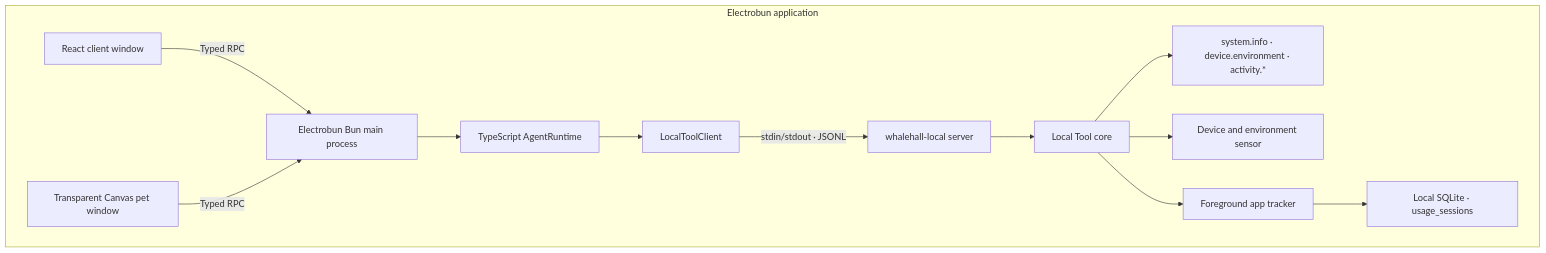
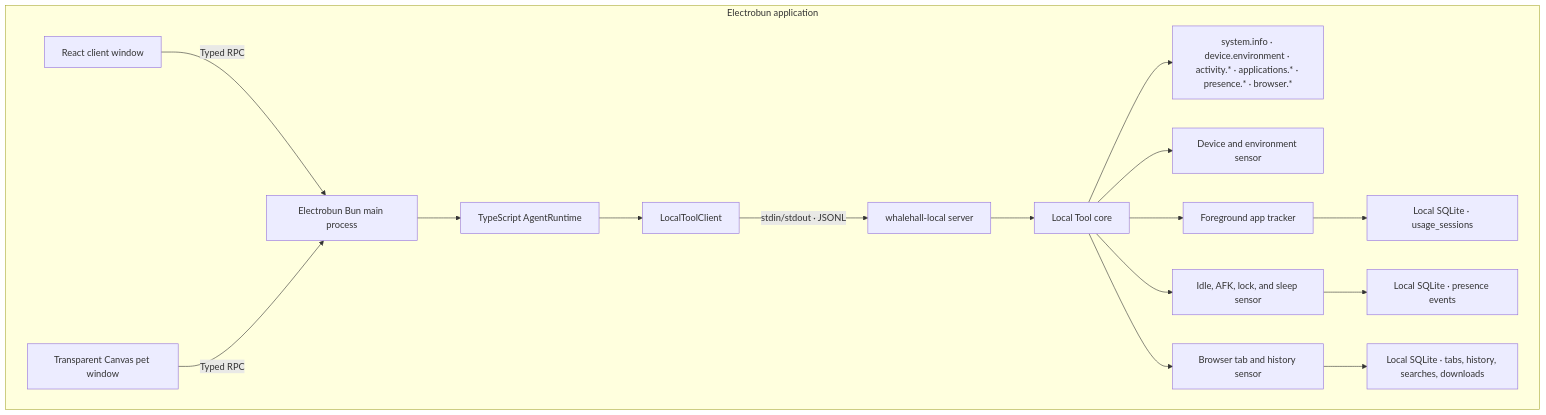
Before and after one commit to Sea-Go/Sea-WhaleHall: the diagram in README.md, drawn with Mermaid. The commit also changed other lines of this file and 2 other files, not shown here.

Commit message:
docs(sensors): document local collection contracts

````diff
--- a/README.md
+++ b/README.md
@@ -11,15 +11,19 @@
 ```mermaid
 flowchart TB
   subgraph App["Electrobun application"]
     Client["React client window"] -->|"Typed RPC"| Bun["Electrobun Bun main process"]
     Pet["Transparent Canvas pet window"] -->|"Typed RPC"| Bun
     Bun --> Agent["TypeScript AgentRuntime"]
     Agent --> LocalClient["LocalToolClient"]
     LocalClient -->|"stdin/stdout · JSONL"| Server["whalehall-local server"]
     Server --> Core["Local Tool core"]
-    Core --> Tools["system.info · device.environment · activity.*"]
+    Core --> Tools["system.info · device.environment · activity.* · applications.* · presence.* · browser.*"]
     Core --> DeviceSensor["Device and environment sensor"]
     Core --> Tracker["Foreground app tracker"]
+    Core --> Presence["Idle, AFK, lock, and sleep sensor"]
+    Core --> Browser["Browser tab and history sensor"]
     Tracker --> SQLite["Local SQLite · usage_sessions"]
+    Presence --> PresenceSQLite["Local SQLite · presence events"]
+    Browser --> BrowserSQLite["Local SQLite · tabs, history, searches, downloads"]
   end
 ```
````
